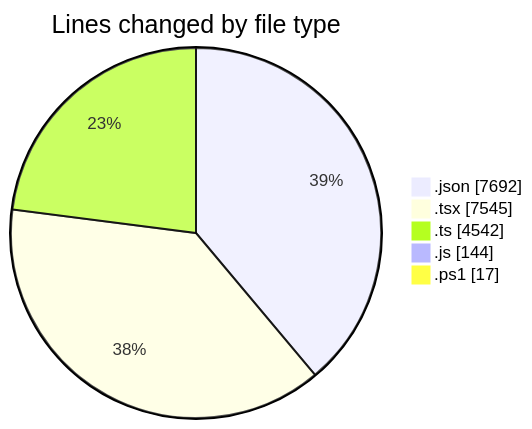
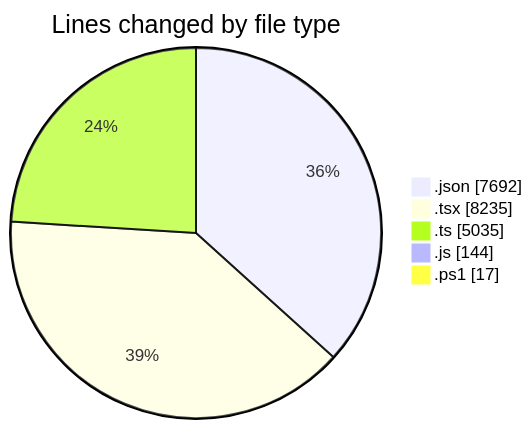
The first of 2 diagrams in 2025-06-10/ecodeli-1/README.md (CELIANVF/code-tracking), drawn with Mermaid before and after one commit. The commit also changed other lines of this file and 1 other file, not shown here.

````diff
--- a/2025-06-10/ecodeli-1/README.md
+++ b/2025-06-10/ecodeli-1/README.md
@@ -62,9 +65,9 @@
 ```mermaid
 pie showData
 title Lines changed by file type
 ".json" : 7692
-".tsx" : 7545
-".ts" : 4542
+".tsx" : 8235
+".ts" : 5035
 ".js" : 144
 ".ps1" : 17
 ```
````
